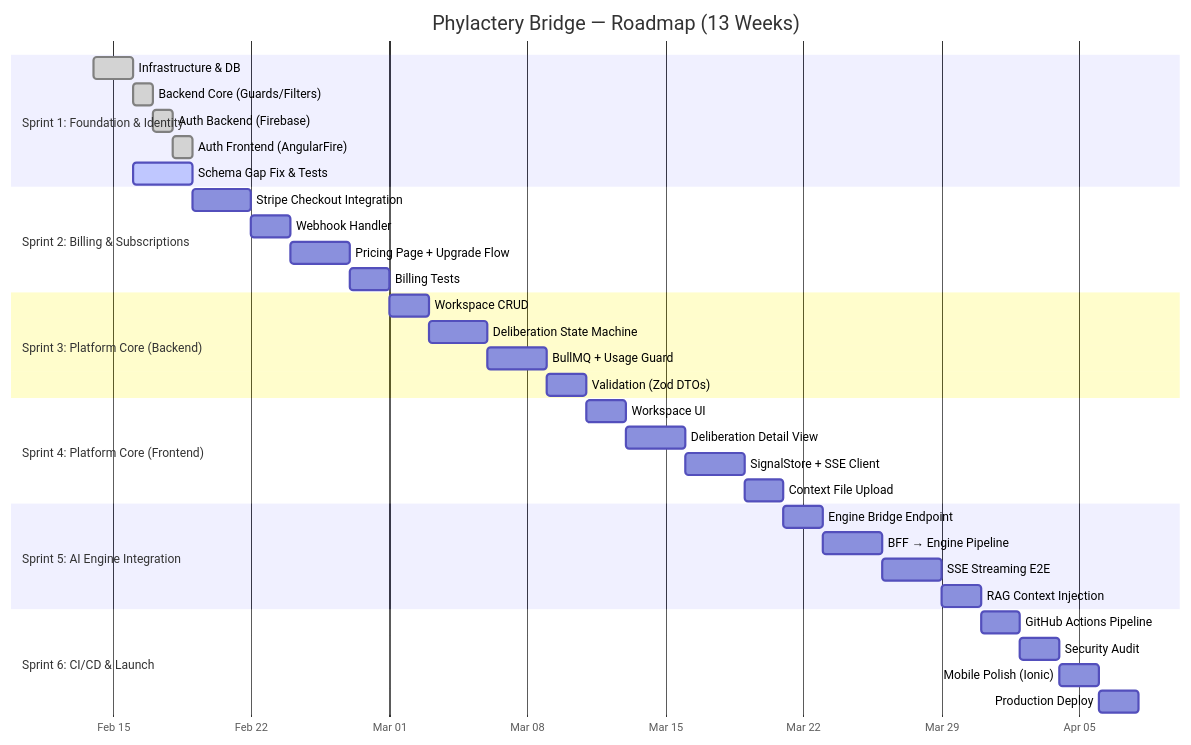
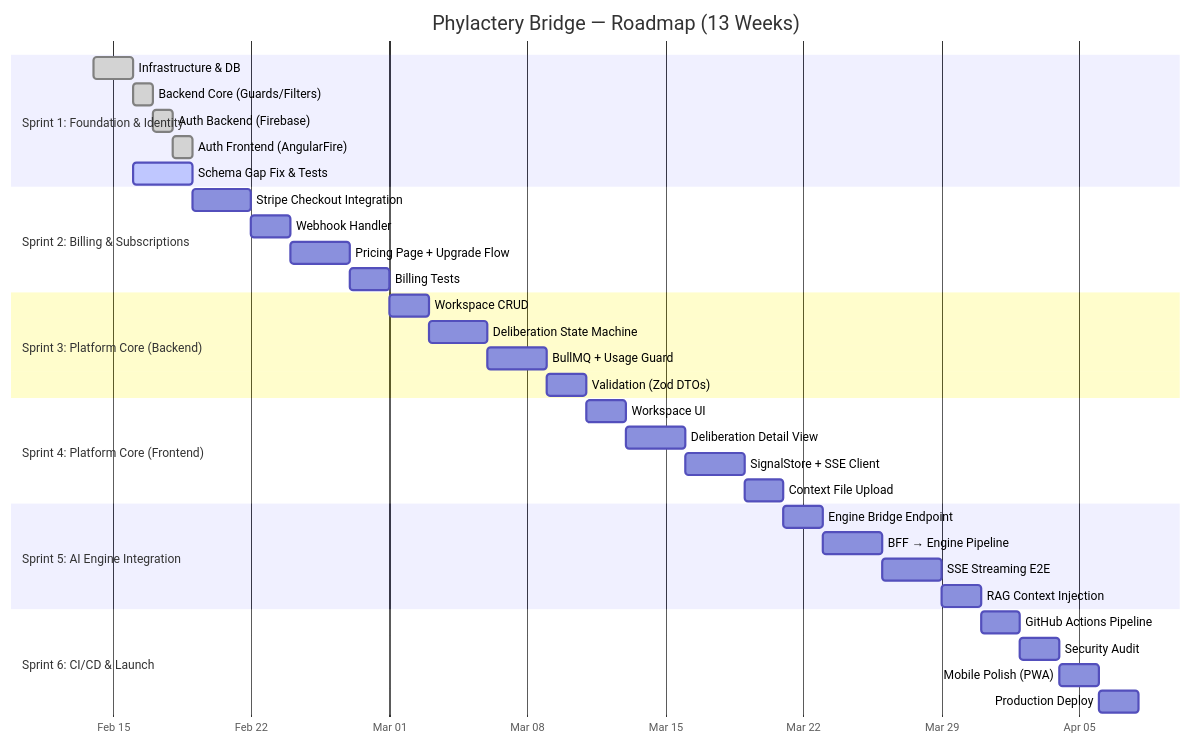
Before and after one commit to crozzbite/Phylactery-Bridge: the diagram in LICH_SPRINT1_ANALYSIS.md, drawn with Mermaid. The commit also changed 30 other files, not shown here.

````diff
--- a/LICH_SPRINT1_ANALYSIS.md
+++ b/LICH_SPRINT1_ANALYSIS.md
@@ -121,43 +121,43 @@
 ```mermaid
 gantt
     title Phylactery Bridge — Roadmap (13 Weeks)
     dateFormat YYYY-MM-DD
     axisFormat %b %d
 
     section Sprint 1: Foundation & Identity
     Infrastructure & DB          :done,    s1a, 2026-02-14, 2d
     Backend Core (Guards/Filters):done,    s1b, after s1a, 1d
     Auth Backend (Firebase)      :done,    s1c, after s1b, 1d
     Auth Frontend (AngularFire)  :done,    s1d, after s1c, 1d
     Schema Gap Fix & Tests       :active,  s1e, 2026-02-16, 3d
 
     section Sprint 2: Billing & Subscriptions
     Stripe Checkout Integration  :         s2a, after s1e, 3d
     Webhook Handler              :         s2b, after s2a, 2d
     Pricing Page + Upgrade Flow  :         s2c, after s2b, 3d
     Billing Tests                :         s2d, after s2c, 2d
 
     section Sprint 3: Platform Core (Backend)
     Workspace CRUD               :         s3a, after s2d, 2d
     Deliberation State Machine   :         s3b, after s3a, 3d
     BullMQ + Usage Guard         :         s3c, after s3b, 3d
     Validation (Zod DTOs)        :         s3d, after s3c, 2d
 
     section Sprint 4: Platform Core (Frontend)
     Workspace UI                 :         s4a, after s3d, 2d
     Deliberation Detail View     :         s4b, after s4a, 3d
     SignalStore + SSE Client     :         s4c, after s4b, 3d
     Context File Upload          :         s4d, after s4c, 2d
 
     section Sprint 5: AI Engine Integration
     Engine Bridge Endpoint       :         s5a, after s4d, 2d
     BFF → Engine Pipeline        :         s5b, after s5a, 3d
     SSE Streaming E2E            :         s5c, after s5b, 3d
     RAG Context Injection        :         s5d, after s5c, 2d
 
     section Sprint 6: CI/CD & Launch
     GitHub Actions Pipeline      :         s6a, after s5d, 2d
     Security Audit               :         s6b, after s6a, 2d
-    Mobile Polish (Ionic)        :         s6c, after s6b, 2d
+    Mobile Polish (PWA)          :         s6c, after s6b, 2d
     Production Deploy            :         s6d, after s6c, 2d
 ```
````
